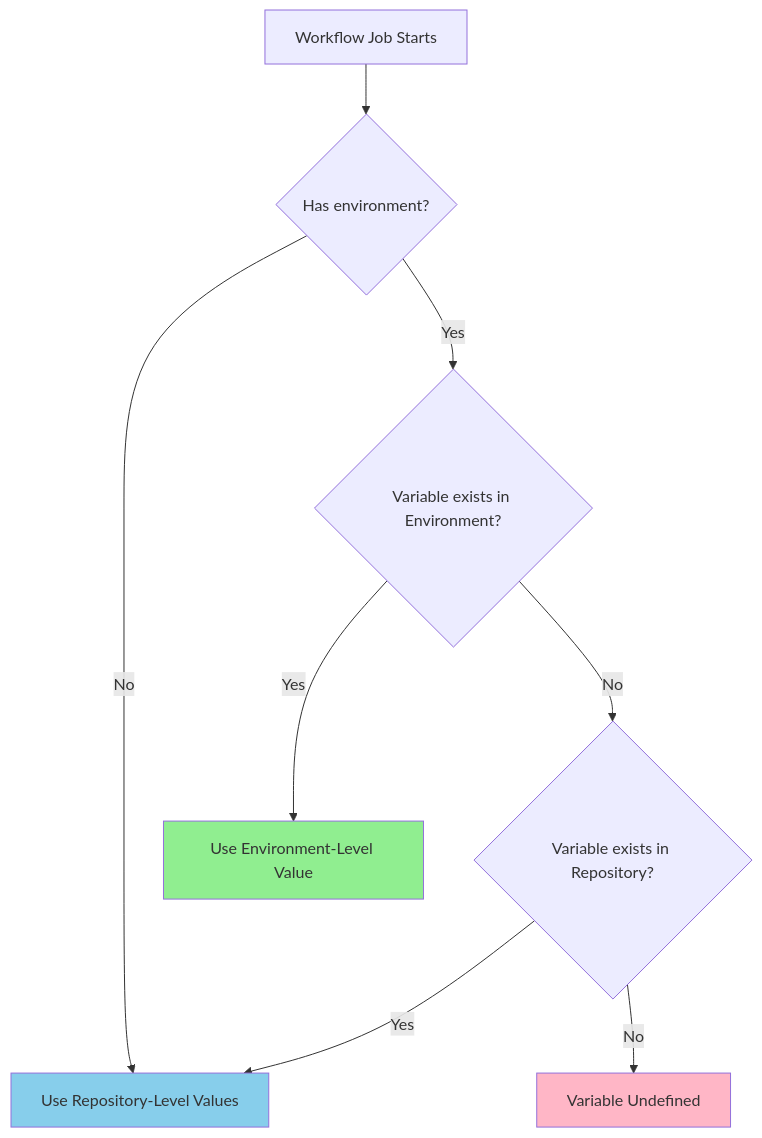
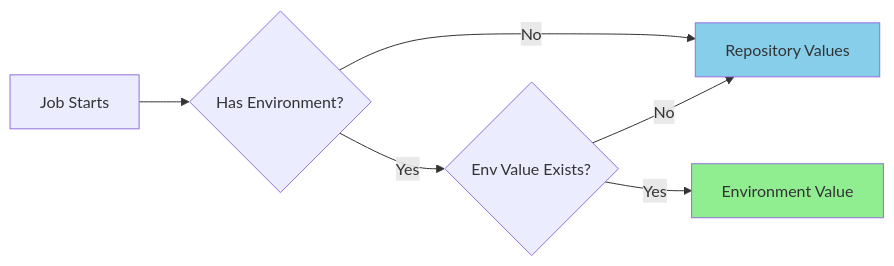
The diagram in docs/GITHUB_ACTIONS_SETUP.md (NivaldoFarias/translate-react), drawn with Mermaid before and after one commit. The commit also changed other lines of this file and 8 other files, not shown here.

````diff
--- a/docs/GITHUB_ACTIONS_SETUP.md
+++ b/docs/GITHUB_ACTIONS_SETUP.md
@@ -105,14 +111,11 @@
 ```mermaid
-graph TD
-    A[Workflow Job Starts] --> B{Has environment?}
-    B -->|No| C[Use Repository-Level Values]
-    B -->|Yes| D{Variable exists in Environment?}
-    D -->|Yes| E[Use Environment-Level Value]
-    D -->|No| F{Variable exists in Repository?}
-    F -->|Yes| C
-    F -->|No| G[Variable Undefined]
+graph LR
+    A[Job Starts] --> B{Has Environment?}
+    B -->|No| C[Repository Values]
+    B -->|Yes| D{Env Value Exists?}
+    D -->|Yes| E[Environment Value]
+    D -->|No| C
 
     style E fill:#90EE90
     style C fill:#87CEEB
-    style G fill:#FFB6C6
 ```
````
